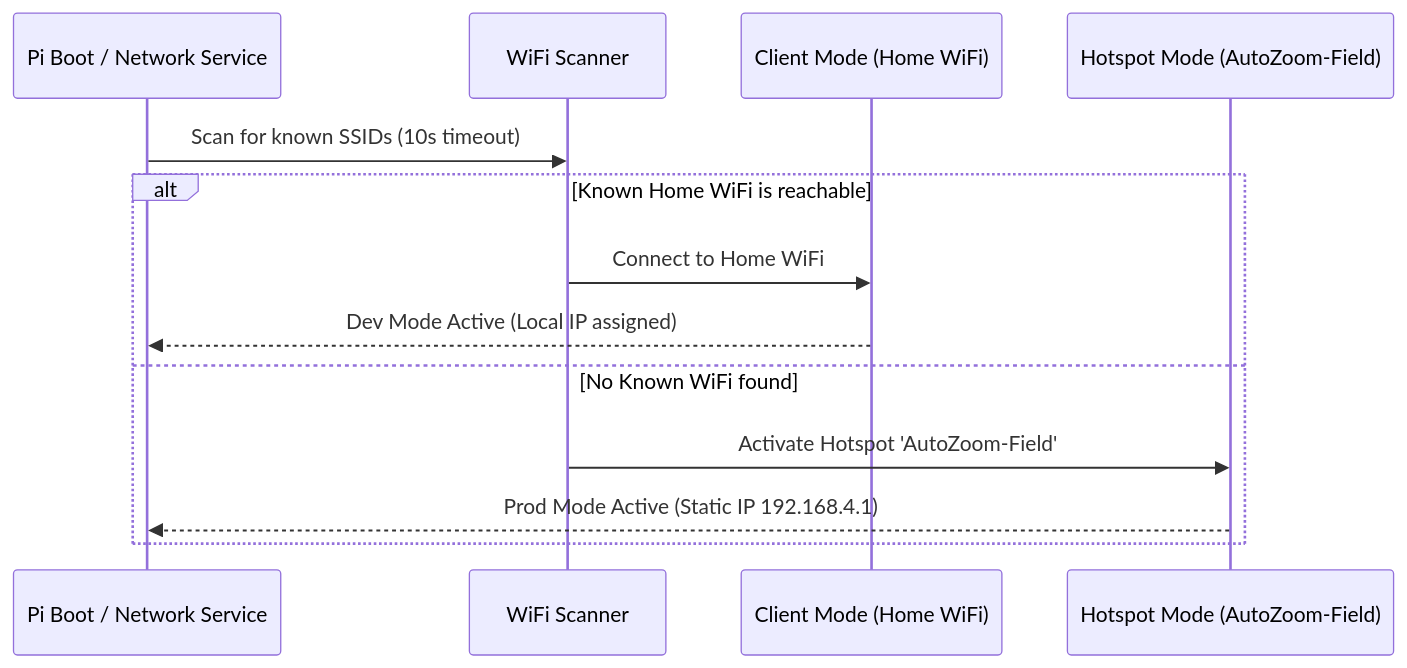
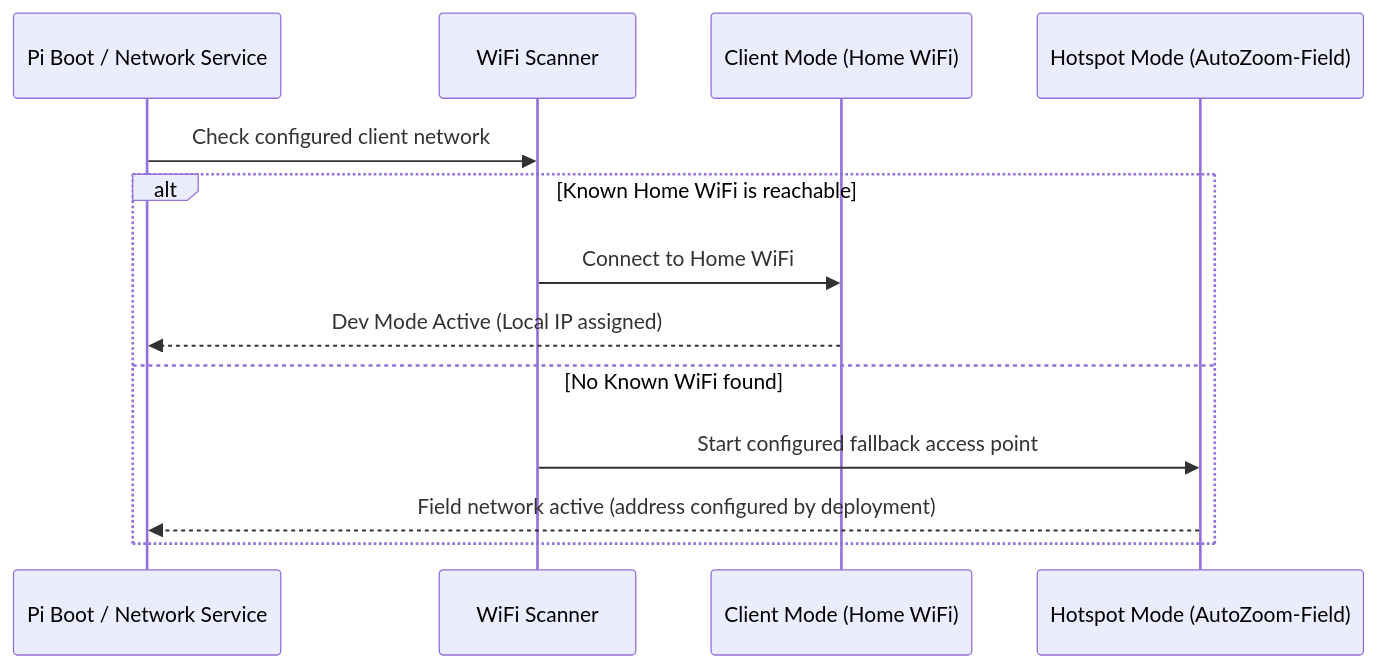
One commit to szigyi/auto-zoom-controller changed the second of 2 diagrams in docs/plans/web_ui_and_autohotspot_plan.md. Above: the diagram before and after it, drawn with Mermaid. The commit also changed other lines of this file and 1 other file, not shown here.

````diff
--- a/docs/plans/web_ui_and_autohotspot_plan.md
+++ b/docs/plans/web_ui_and_autohotspot_plan.md
@@ -218,16 +212,16 @@
 ```mermaid
 sequenceDiagram
     participant Boot as Pi Boot / Network Service
     participant Scanner as WiFi Scanner
     participant STA as Client Mode (Home WiFi)
     participant AP as Hotspot Mode (AutoZoom-Field)
 
-    Boot->>Scanner: Scan for known SSIDs (10s timeout)
+    Boot->>Scanner: Check configured client network
     alt Known Home WiFi is reachable
         Scanner->>STA: Connect to Home WiFi
         STA-->>Boot: Dev Mode Active (Local IP assigned)
     else No Known WiFi found
-        Scanner->>AP: Activate Hotspot 'AutoZoom-Field'
-        AP-->>Boot: Prod Mode Active (Static IP 192.168.4.1)
+        Scanner->>AP: Start configured fallback access point
+        AP-->>Boot: Field network active (address configured by deployment)
     end
 ```
````
